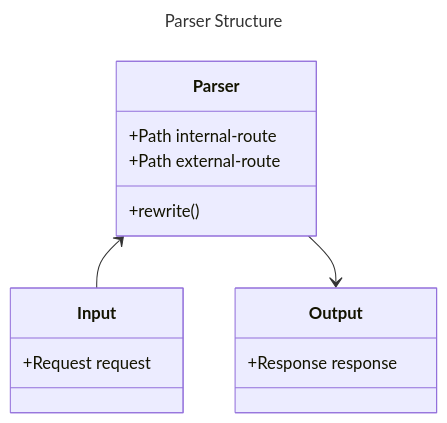
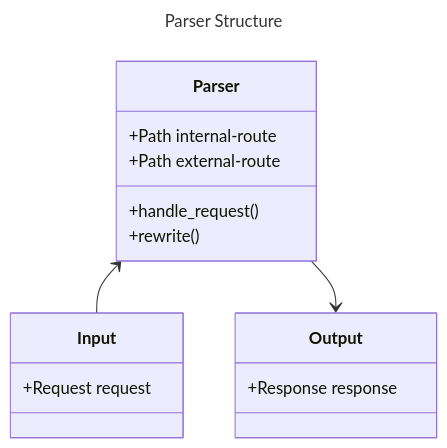
Before and after one commit to lsst-sqre/sqr-110: the fourth of 5 diagrams in index.md, drawn with Mermaid. The commit also changed other lines of this file, not shown here.

````diff
--- a/index.md
+++ b/index.md
@@ -243,18 +469,19 @@
 ```mermaid
 ---
 title: Parser Structure
 ---
 
 classDiagram
   Parser
   Parser : +Path internal-route
   Parser : +Path external-route
+  Parser: +handle_request()
   Parser: +rewrite()
   
   Input: +Request request
   
   Output: +Response response
   
   Parser <-- Input
   Parser --> Output
 ```
````
